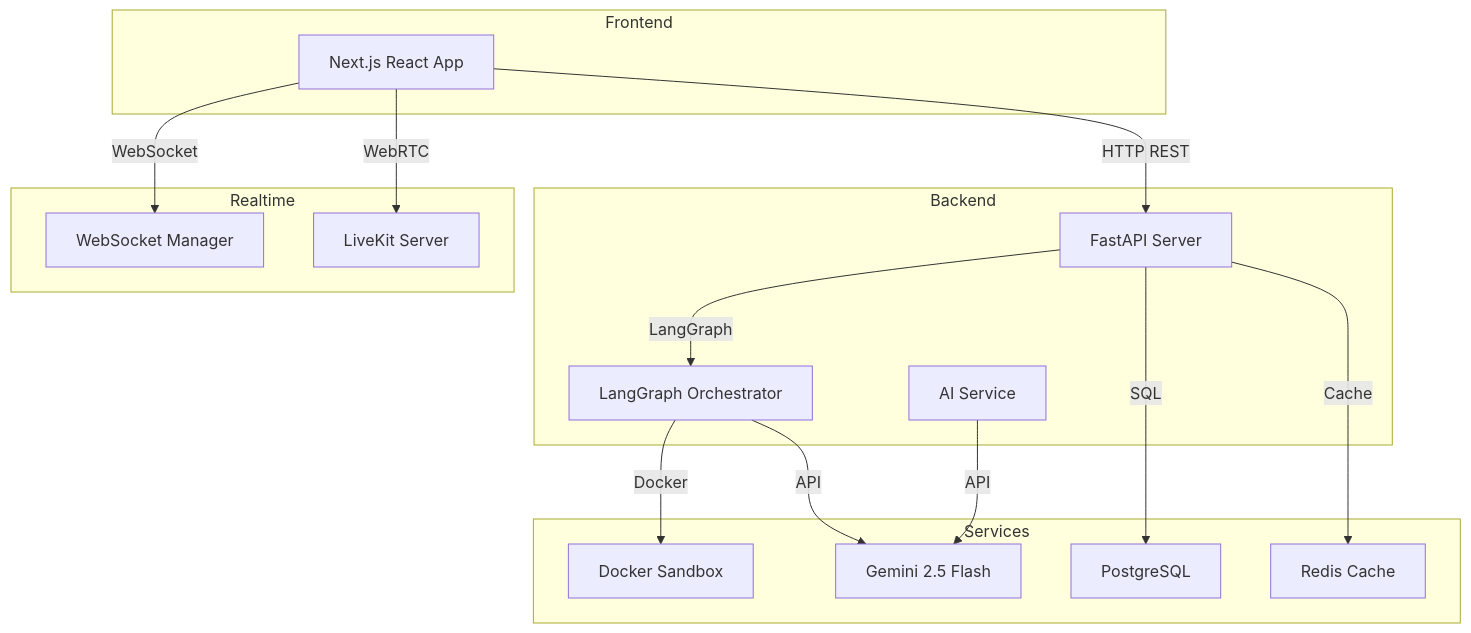
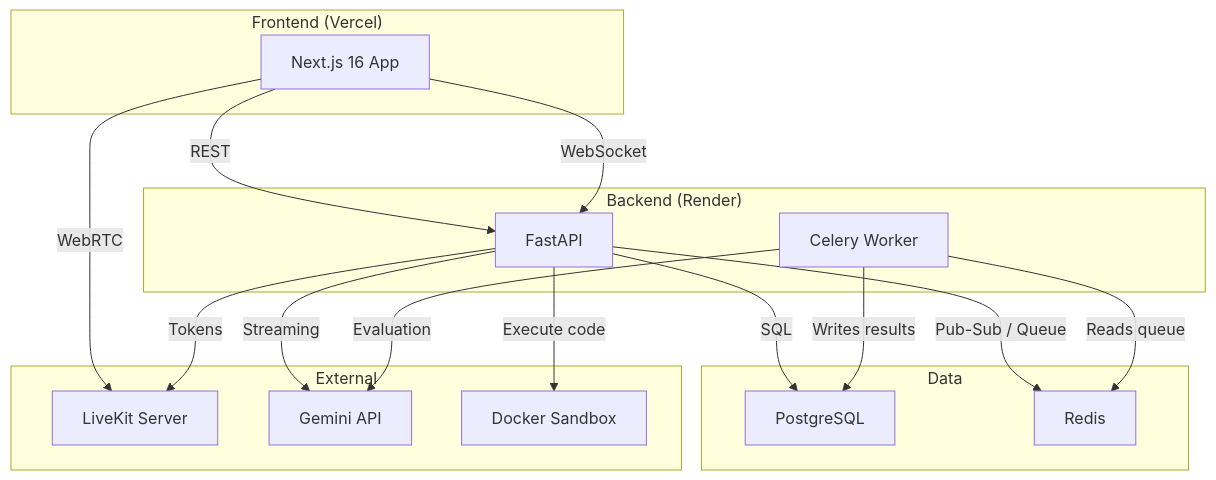
One commit to M0nGKol/SomPheas-AI-Interviewer changed the diagram in README.md. Above: the diagram before and after it, drawn with Mermaid. The commit also changed other lines of this file and 8 other files, not shown here.

````diff
--- a/README.md
+++ b/README.md
@@ -24,34 +24,34 @@
 ```mermaid
 graph TB
-    subgraph Frontend
-        FE[Next.js React App]
+    subgraph Frontend["Frontend (Vercel)"]
+        FE[Next.js 16 App]
     end
 
-    subgraph Backend
-        API[FastAPI Server]
-        ORCH[LangGraph Orchestrator]
-        AI[AI Service]
+    subgraph Backend["Backend (Render)"]
+        API[FastAPI]
+        WORKER[Celery Worker]
     end
 
-    subgraph Realtime
-        WS[WebSocket Manager]
-        LK[LiveKit Server]
+    subgraph Data
+        DB[PostgreSQL]
+        REDIS[Redis]
     end
 
-    subgraph Services
-        SB[Docker Sandbox]
-        LLM[Gemini 2.5 Flash]
-        DB[PostgreSQL]
-        REDIS[Redis Cache]
+    subgraph External
+        LK[LiveKit Server]
+        GEMINI[Gemini API]
+        DOCKER[Docker Sandbox]
     end
 
-    FE -->|HTTP REST| API
-    FE -->|WebSocket| WS
+    FE -->|REST| API
+    FE -->|WebSocket| API
     FE -->|WebRTC| LK
     API -->|SQL| DB
-    API -->|Cache| REDIS
-    API -->|LangGraph| ORCH
-    ORCH -->|API| LLM
-    ORCH -->|Docker| SB
-    AI -->|API| LLM
+    API -->|Pub-Sub / Queue| REDIS
+    WORKER -->|Reads queue| REDIS
+    WORKER -->|Writes results| DB
+    API -->|Streaming| GEMINI
+    WORKER -->|Evaluation| GEMINI
+    API -->|Execute code| DOCKER
+    API -->|Tokens| LK
 ```
````
